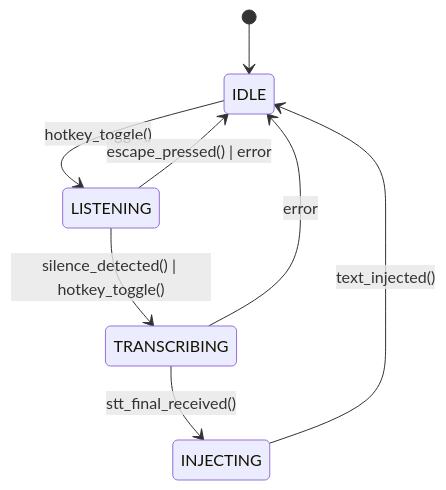
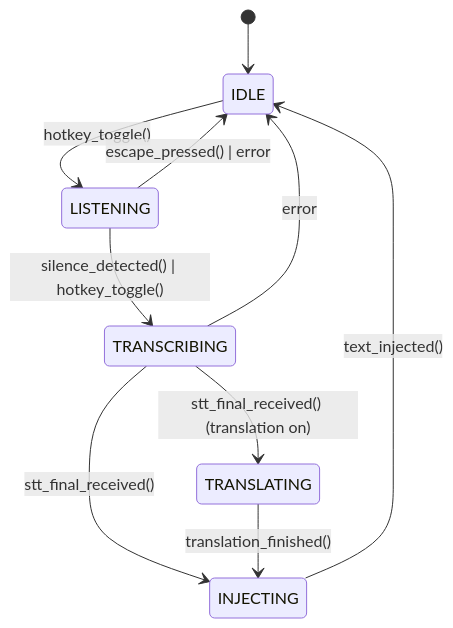
One commit to isalehgholami/voicetype changed the third of 3 diagrams in docs/VoiceType-Architecture.md. Above: the diagram before and after it, drawn with Mermaid. The commit also changed other lines of this file and 27 other files, not shown here.

````diff
--- a/docs/VoiceType-Architecture.md
+++ b/docs/VoiceType-Architecture.md
@@ -449,10 +449,12 @@
 ```mermaid
 stateDiagram-v2
     [*] --> IDLE
     IDLE --> LISTENING : hotkey_toggle()
     LISTENING --> TRANSCRIBING : silence_detected() | hotkey_toggle()
+    TRANSCRIBING --> TRANSLATING : stt_final_received() (translation on)
     TRANSCRIBING --> INJECTING : stt_final_received()
+    TRANSLATING --> INJECTING : translation_finished()
     INJECTING --> IDLE : text_injected()
     LISTENING --> IDLE : escape_pressed() | error
     TRANSCRIBING --> IDLE : error
 ```
````
